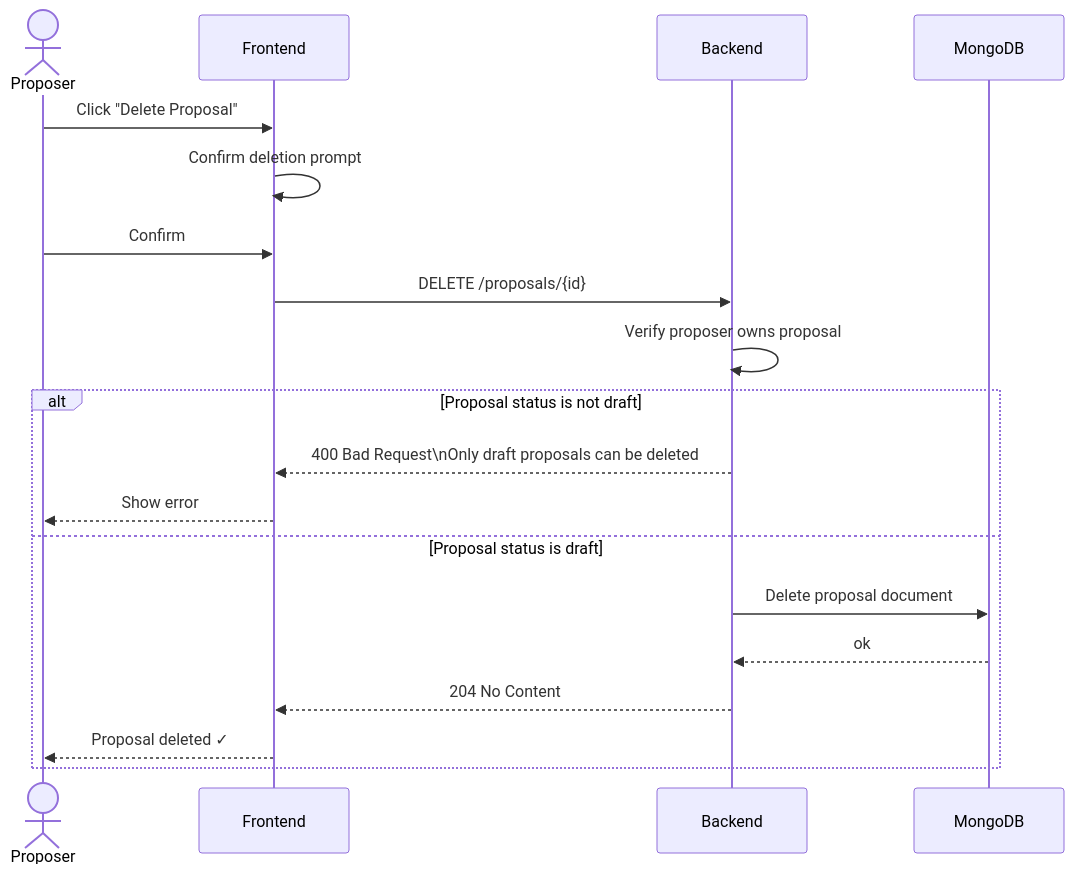
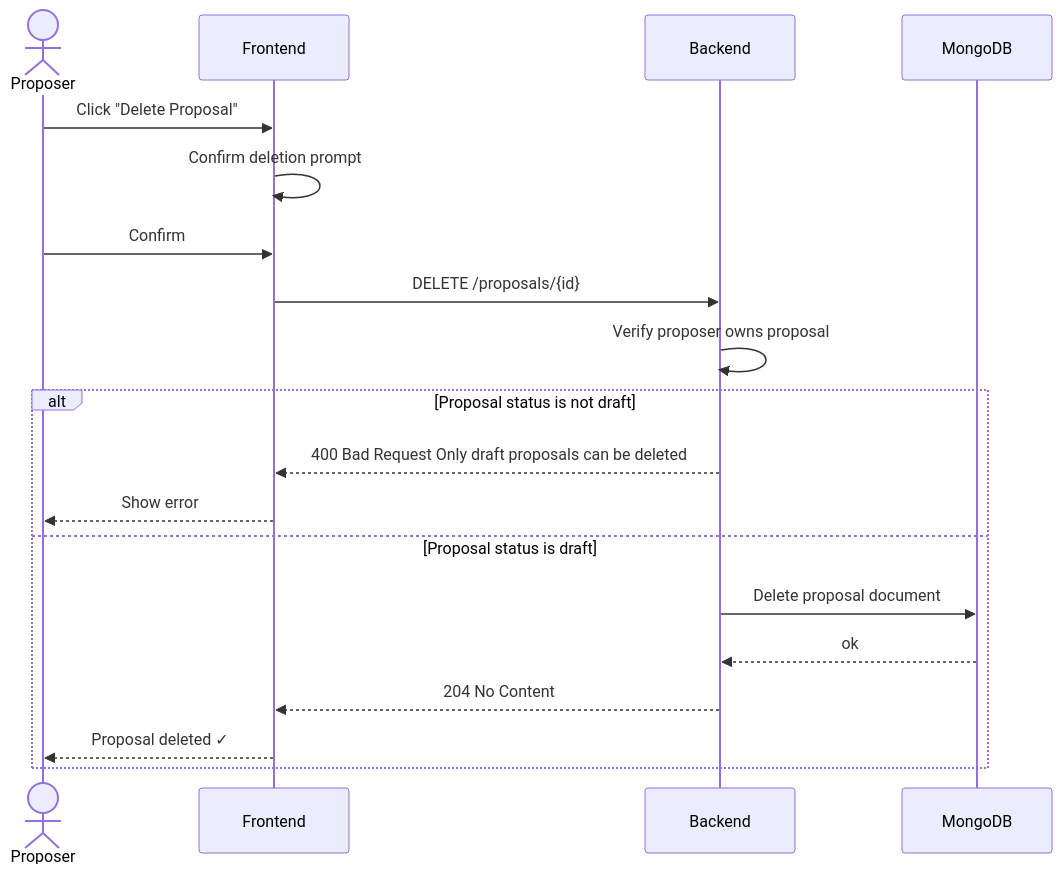
The eighth of 8 diagrams in docs/proposal-flow.md (lerna-labs/ekklesia-proposal-module), drawn with Mermaid before and after one commit. The commit also changed other lines of this file, not shown here.

Commit message:
GitHub is not rendering line breaks in Mermaid diagrams, updating to remove them.

````diff
--- a/docs/proposal-flow.md
+++ b/docs/proposal-flow.md
@@ -295,23 +295,23 @@
 ```mermaid
 sequenceDiagram
     actor Proposer
     participant Frontend
     participant Backend
     participant MongoDB
 
     Proposer->>Frontend: Click "Delete Proposal"
     Frontend->>Frontend: Confirm deletion prompt
     Proposer->>Frontend: Confirm
     Frontend->>Backend: DELETE /proposals/{id}
     Backend->>Backend: Verify proposer owns proposal
 
     alt Proposal status is not draft
-        Backend-->>Frontend: 400 Bad Request\nOnly draft proposals can be deleted
+        Backend-->>Frontend: 400 Bad Request Only draft proposals can be deleted
         Frontend-->>Proposer: Show error
     else Proposal status is draft
         Backend->>MongoDB: Delete proposal document
         MongoDB-->>Backend: ok
         Backend-->>Frontend: 204 No Content
         Frontend-->>Proposer: Proposal deleted ✓
     end
 ```
````
